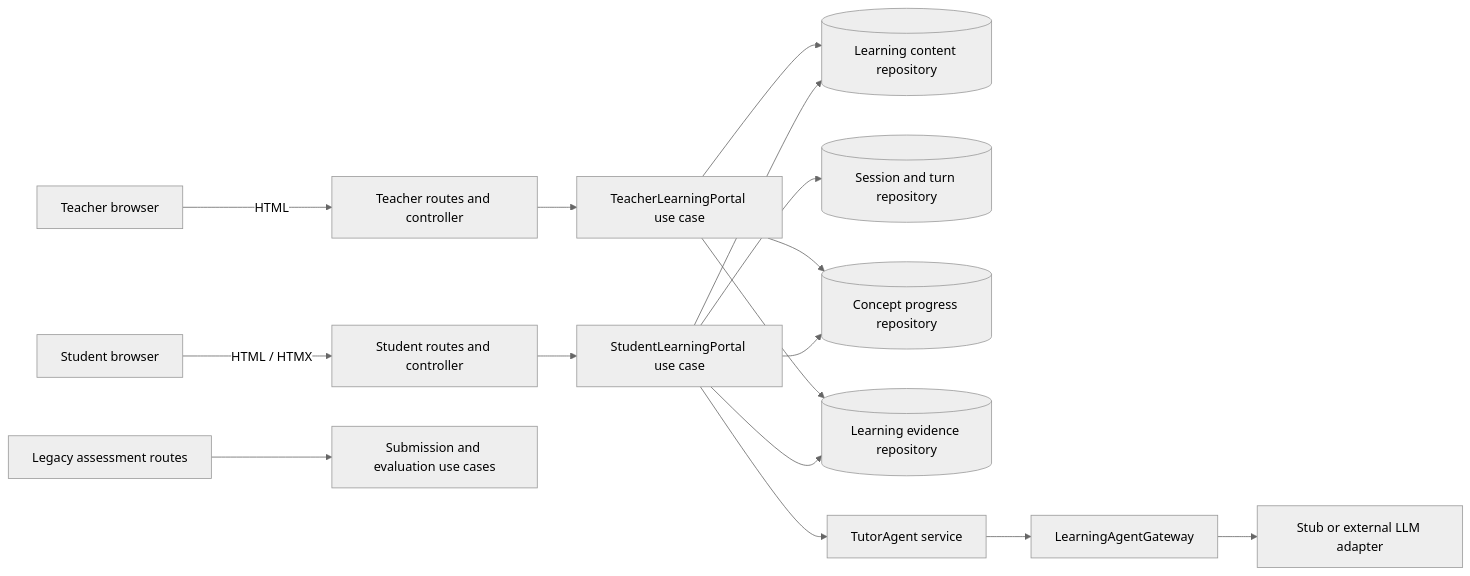
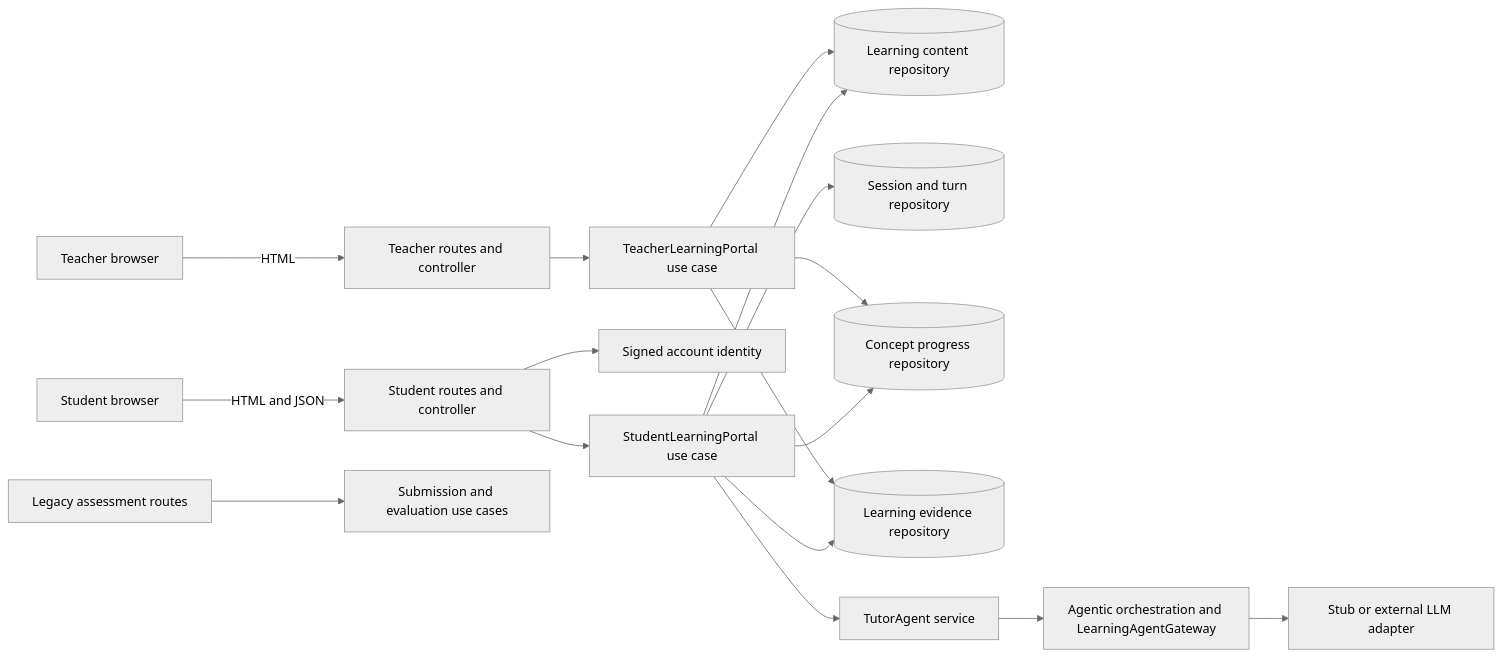
Before and after one commit to srijan-raghavula/colearning-agent: the first of 5 diagrams in docs/project-architecture.md, drawn with Mermaid (neutral theme). The commit also changed other lines of this file and 44 other files, not shown here.

````diff
--- a/docs/project-architecture.md
+++ b/docs/project-architecture.md
@@ -27,18 +27,19 @@
 ```mermaid
 flowchart LR
-    Student[Student browser] -->|HTML / HTMX| StudentAPI[Student routes and controller]
+    Student[Student browser] -->|HTML and JSON| StudentAPI[Student routes and controller]
     Teacher[Teacher browser] -->|HTML| TeacherAPI[Teacher routes and controller]
     StudentAPI --> StudentUC[StudentLearningPortal use case]
+    StudentAPI --> Identity[Signed account identity]
     TeacherAPI --> TeacherUC[TeacherLearningPortal use case]
     StudentUC --> Content[(Learning content repository)]
     StudentUC --> Sessions[(Session and turn repository)]
     StudentUC --> Progress[(Concept progress repository)]
     StudentUC --> Evidence[(Learning evidence repository)]
     StudentUC --> Agent[TutorAgent service]
-    Agent --> Gateway[LearningAgentGateway]
+    Agent --> Gateway[Agentic orchestration and LearningAgentGateway]
     Gateway --> Provider[Stub or external LLM adapter]
     TeacherUC --> Content
     TeacherUC --> Progress
     TeacherUC --> Evidence
     Legacy[Legacy assessment routes] --> LegacyUC[Submission and evaluation use cases]
 ```
````
